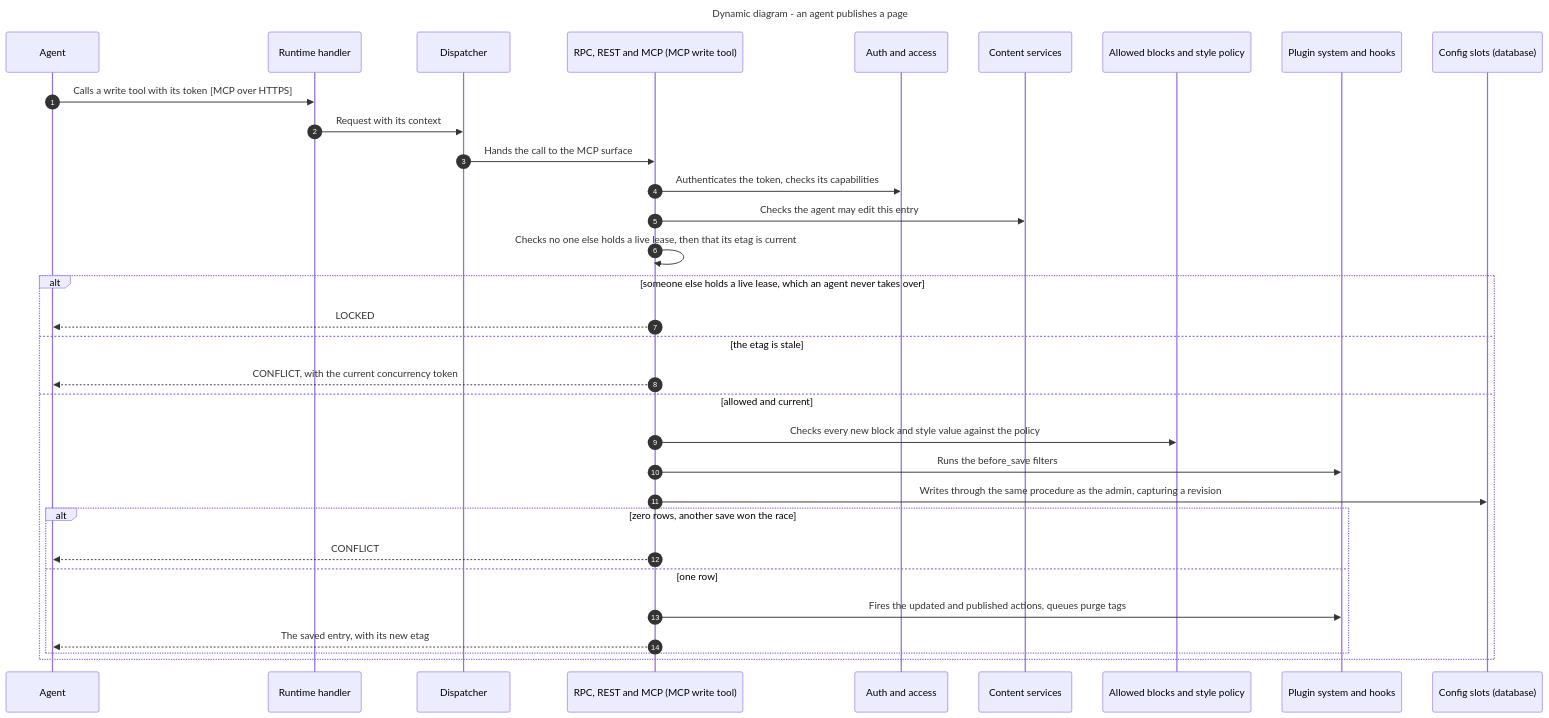
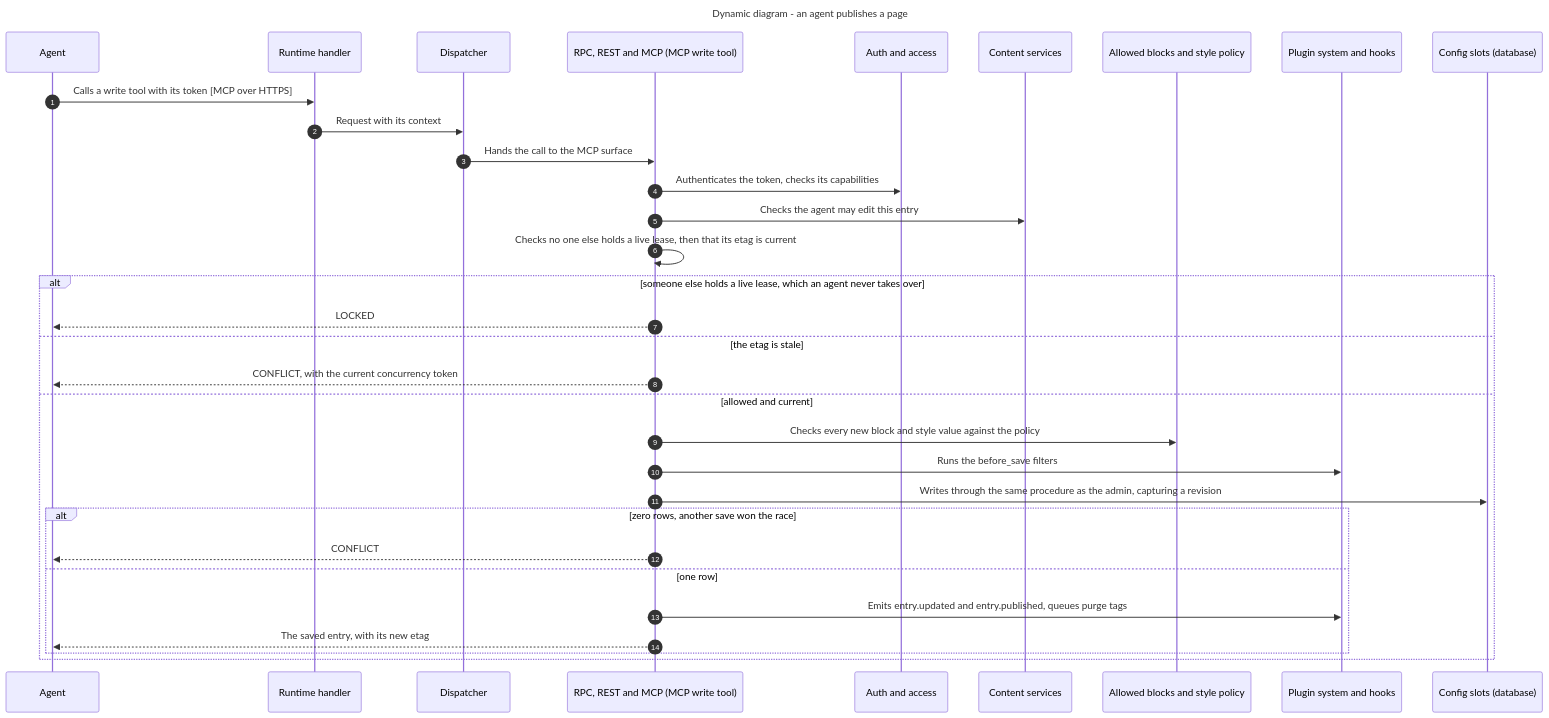
Before and after one commit to withplumix/plumix: the ninth of 12 diagrams in ARCHITECTURE.md, drawn with Mermaid. The commit also changed other lines of this file and 77 other files, not shown here.

````diff
--- a/ARCHITECTURE.md
+++ b/ARCHITECTURE.md
@@ -614,37 +614,37 @@
 ```mermaid
 ---
 title: Dynamic diagram - an agent publishes a page
 ---
 sequenceDiagram
   autonumber
   participant G as Agent
   participant RE as Runtime handler
   participant D as Dispatcher
   participant P as RPC, REST and MCP (MCP write tool)
   participant A as Auth and access
   participant S as Content services
   participant PO as Allowed blocks and style policy
   participant H as Plugin system and hooks
   participant SL as Config slots (database)
   G->>RE: Calls a write tool with its token [MCP over HTTPS]
   RE->>D: Request with its context
   D->>P: Hands the call to the MCP surface
   P->>A: Authenticates the token, checks its capabilities
   P->>S: Checks the agent may edit this entry
   P->>P: Checks no one else holds a live lease, then that its etag is current
   alt someone else holds a live lease, which an agent never takes over
     P-->>G: LOCKED
   else the etag is stale
     P-->>G: CONFLICT, with the current concurrency token
   else allowed and current
     P->>PO: Checks every new block and style value against the policy
     P->>H: Runs the before_save filters
     P->>SL: Writes through the same procedure as the admin, capturing a revision
     alt zero rows, another save won the race
       P-->>G: CONFLICT
     else one row
-      P->>H: Fires the updated and published actions, queues purge tags
+      P->>H: Emits entry.updated and entry.published, queues purge tags
       P-->>G: The saved entry, with its new etag
     end
   end
 ```
````
